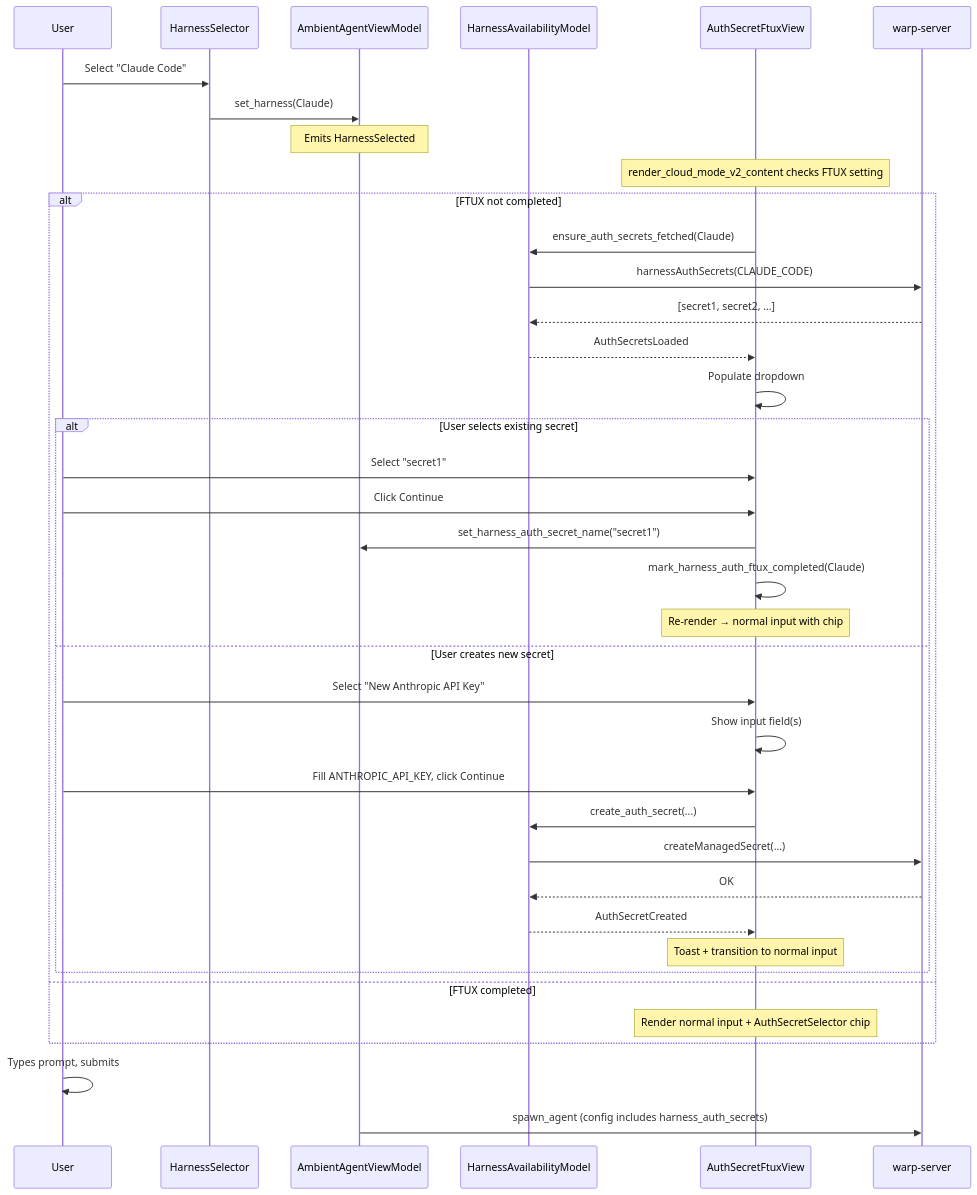
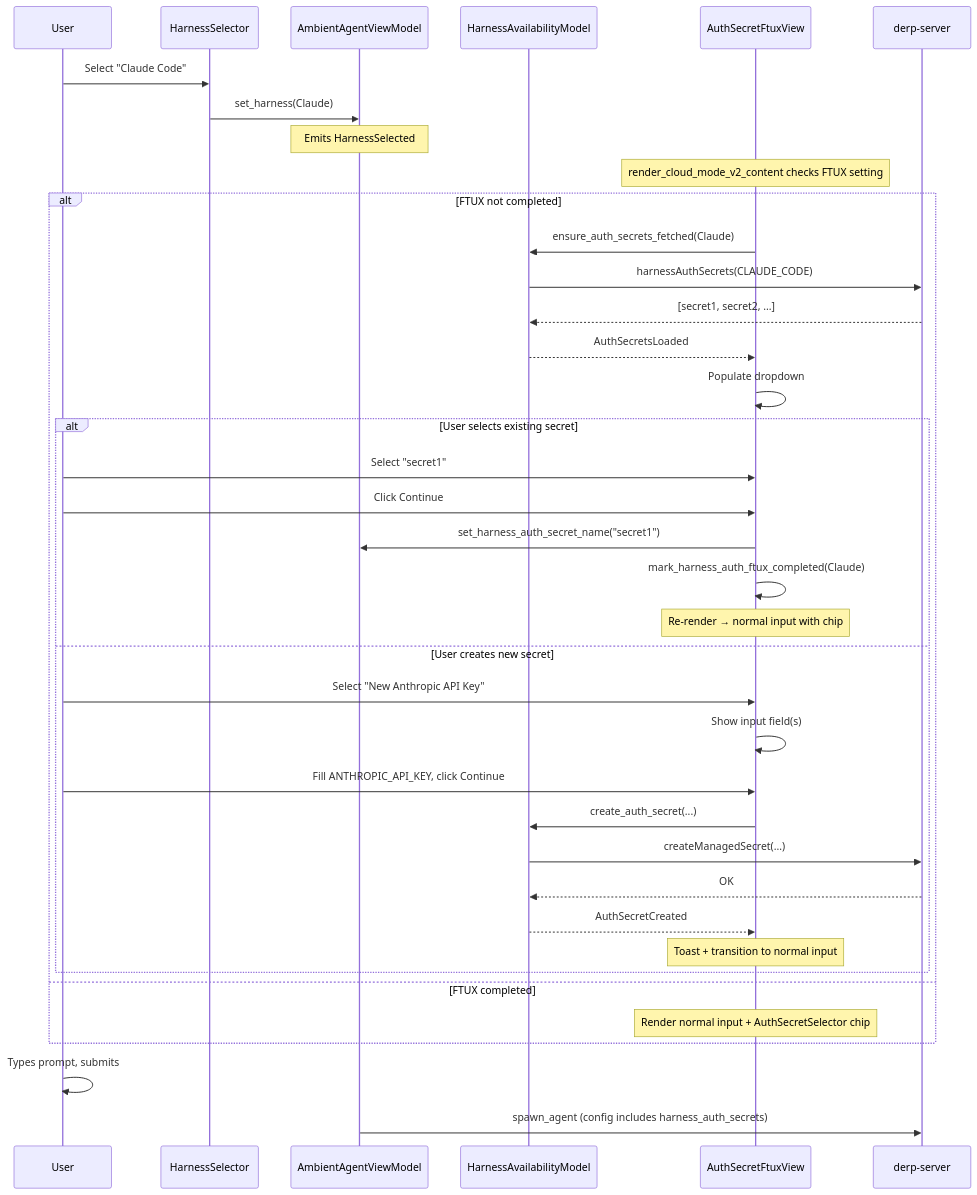
The diagram in specs/cloud-mode-auth-secrets/TECH.md (antikrust/krust-terminal), drawn with Mermaid before and after one commit. The commit also changed other lines of this file and 9069 other files, not shown here.

First line of the commit message:
Rebrand Warp -> Derp; vendor and disconnect all external deps

````diff
--- a/specs/cloud-mode-auth-secrets/TECH.md
+++ b/specs/cloud-mode-auth-secrets/TECH.md
@@ -390,41 +390,41 @@
 ```mermaid
 sequenceDiagram
     participant User
     participant HarnessSelector
     participant AmbientAgentVM as AmbientAgentViewModel
     participant HarnessAvail as HarnessAvailabilityModel
     participant FtuxView as AuthSecretFtuxView
-    participant Server as warp-server
+    participant Server as derp-server
 
     User->>HarnessSelector: Select "Claude Code"
     HarnessSelector->>AmbientAgentVM: set_harness(Claude)
     Note over AmbientAgentVM: Emits HarnessSelected
     Note over FtuxView: render_cloud_mode_v2_content checks FTUX setting
     alt FTUX not completed
         FtuxView->>HarnessAvail: ensure_auth_secrets_fetched(Claude)
         HarnessAvail->>Server: harnessAuthSecrets(CLAUDE_CODE)
         Server-->>HarnessAvail: [secret1, secret2, ...]
         HarnessAvail-->>FtuxView: AuthSecretsLoaded
         FtuxView->>FtuxView: Populate dropdown
         alt User selects existing secret
             User->>FtuxView: Select "secret1"
             User->>FtuxView: Click Continue
             FtuxView->>AmbientAgentVM: set_harness_auth_secret_name("secret1")
             FtuxView->>FtuxView: mark_harness_auth_ftux_completed(Claude)
             Note over FtuxView: Re-render → normal input with chip
         else User creates new secret
             User->>FtuxView: Select "New Anthropic API Key"
             FtuxView->>FtuxView: Show input field(s)
             User->>FtuxView: Fill ANTHROPIC_API_KEY, click Continue
             FtuxView->>HarnessAvail: create_auth_secret(...)
             HarnessAvail->>Server: createManagedSecret(...)
             Server-->>HarnessAvail: OK
             HarnessAvail-->>FtuxView: AuthSecretCreated
             Note over FtuxView: Toast + transition to normal input
         end
     else FTUX completed
         Note over FtuxView: Render normal input + AuthSecretSelector chip
     end
     User->>User: Types prompt, submits
     AmbientAgentVM->>Server: spawn_agent (config includes harness_auth_secrets)
 ```
````
